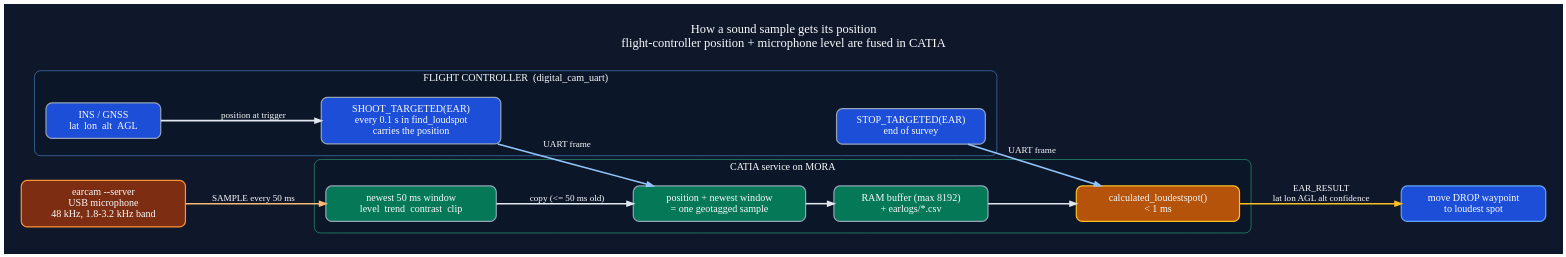
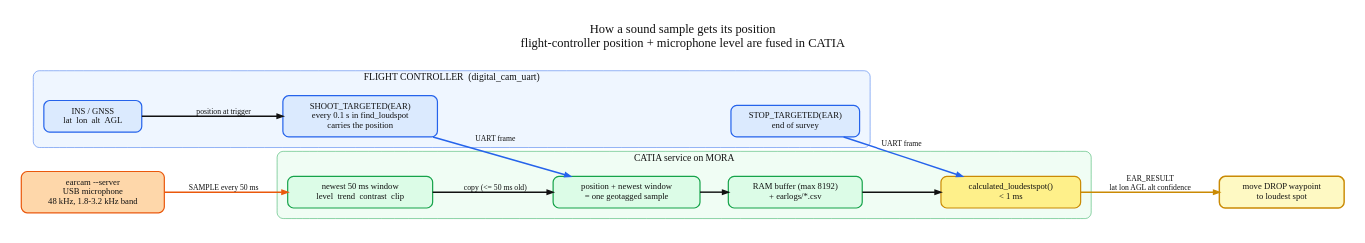
One commit to tudelft/paparazzi changed the diagram in sw/airborne/modules/digital_cam/catia/documentation/earcam-dataflow.dot. Above: the diagram before and after it, drawn with Graphviz. The commit also changed 87 other files, not shown here.

```diff
--- a/sw/airborne/modules/digital_cam/catia/documentation/earcam-dataflow.dot
+++ b/sw/airborne/modules/digital_cam/catia/documentation/earcam-dataflow.dot
@@ -1,43 +1,43 @@
 // EARcam position/sound data flow. Render: dot -Tsvg earcam-dataflow.dot -o earcam-dataflow.svg
 digraph earcam_dataflow {
-  graph [rankdir=LR, bgcolor="#0f172a", fontname="DejaVu Sans Bold", fontsize=26,
-         fontcolor="#f8fafc", pad=0.5, nodesep=0.55, ranksep=0.8, splines=spline, newrank=true,
+  graph [rankdir=LR, bgcolor="#ffffff", fontname="DejaVu Sans Bold", fontsize=26,
+         fontcolor="#111111", pad=0.5, nodesep=0.55, ranksep=0.8, splines=spline, newrank=true,
          label="How a sound sample gets its position\nflight-controller position + microphone level are fused in CATIA\n ", labelloc=t];
-  node  [shape=box, style="rounded,filled", fontname="DejaVu Sans Bold", fontsize=21,
-         fontcolor="#f8fafc", color="#94a3b8", penwidth=2.5, margin="0.32,0.20"];
-  edge  [fontname="DejaVu Sans Bold", fontsize=19, fontcolor="#f8fafc", color="#e2e8f0",
-         penwidth=3.2, arrowsize=1.3];
+  node  [shape=box, style="rounded,filled", fontname="DejaVu Sans Bold", fontsize=18,
+         fontcolor="#111111", color="#111111", penwidth=2.5, margin="0.30,0.18"];
+  edge  [fontname="DejaVu Sans Bold", fontsize=16, fontcolor="#111111", color="#111111",
+         penwidth=3.0, arrowsize=1.2];
 
   subgraph cluster_fc {
-    label="FLIGHT CONTROLLER  (digital_cam_uart)"; fontsize=21; color="#60a5fa";
-    fillcolor="#0b1728"; style="rounded,filled"; margin=24;
-    ins   [label="INS / GNSS\nlat  lon  alt  AGL", fillcolor="#1d4ed8"];
-    shoot [label="SHOOT_TARGETED(EAR)\nevery 0.1 s in find_loudspot\ncarries the position", fillcolor="#1d4ed8"];
-    stop  [label="STOP_TARGETED(EAR)\nend of survey", fillcolor="#1d4ed8"];
+    label="FLIGHT CONTROLLER  (digital_cam_uart)"; fontsize=20; color="#2563eb";
+    fillcolor="#eff6ff"; style="rounded,filled"; margin=22; fontcolor="#111111";
+    ins   [label="INS / GNSS\nlat  lon  alt  AGL", fillcolor="#dbeafe", color="#2563eb"];
+    shoot [label="SHOOT_TARGETED(EAR)\nevery 0.1 s in find_loudspot\ncarries the position", fillcolor="#dbeafe", color="#2563eb"];
+    stop  [label="STOP_TARGETED(EAR)\nend of survey", fillcolor="#dbeafe", color="#2563eb"];
   }
 
-  mic [label="earcam --server\nUSB microphone\n48 kHz, 1.8-3.2 kHz band", fillcolor="#7c2d12", color="#fb923c"];
+  mic [label="earcam --server\nUSB microphone\n48 kHz, 1.8-3.2 kHz band", fillcolor="#fed7aa", color="#ea580c"];
 
   subgraph cluster_mora {
-    label="CATIA service on MORA"; fontsize=21; color="#34d399";
-    fillcolor="#0b1728"; style="rounded,filled"; margin=24;
-    newest [label="newest 50 ms window\nlevel  trend  contrast  clip", fillcolor="#047857"];
-    fuse   [label="position + newest window\n= one geotagged sample", fillcolor="#047857"];
-    buffer [label="RAM buffer (max 8192)\n+ earlogs/*.csv", fillcolor="#047857"];
-    solve  [label="calculated_loudestspot()\n< 1 ms", fillcolor="#b45309", color="#fbbf24"];
+    label="CATIA service on MORA"; fontsize=20; color="#16a34a";
+    fillcolor="#f0fdf4"; style="rounded,filled"; margin=22; fontcolor="#111111";
+    newest [label="newest 50 ms window\nlevel  trend  contrast  clip", fillcolor="#dcfce7", color="#16a34a"];
+    fuse   [label="position + newest window\n= one geotagged sample", fillcolor="#dcfce7", color="#16a34a"];
+    buffer [label="RAM buffer (max 8192)\n+ earlogs/*.csv", fillcolor="#dcfce7", color="#16a34a"];
+    solve  [label="calculated_loudestspot()\n< 1 ms", fillcolor="#fef08a", color="#ca8a04"];
   }
 
-  drop [label="move DROP waypoint\nto loudest spot", fillcolor="#1d4ed8", color="#60a5fa"];
+  drop [label="move DROP waypoint\nto loudest spot", fillcolor="#fef9c3", color="#ca8a04", penwidth=3.0];
 
   ins    -> shoot  [label="position at trigger"];
-  shoot  -> fuse   [label="UART frame", color="#93c5fd"];
-  mic    -> newest [label="SAMPLE every 50 ms", color="#fdba74"];
+  shoot  -> fuse   [label="UART frame", color="#2563eb"];
+  mic    -> newest [label="SAMPLE every 50 ms", color="#ea580c"];
   newest -> fuse   [label="copy (<= 50 ms old)"];
   fuse   -> buffer;
   buffer -> solve;
-  stop   -> solve  [label="UART frame", color="#93c5fd"];
-  solve  -> drop   [label="EAR_RESULT\nlat lon AGL alt confidence", color="#fbbf24"];
+  stop   -> solve  [label="UART frame", color="#2563eb"];
+  solve  -> drop   [label="EAR_RESULT\nlat lon AGL alt confidence", color="#ca8a04"];
 
   { rank=same; ins; mic; }
   { rank=same; buffer; stop; }
 }
```
